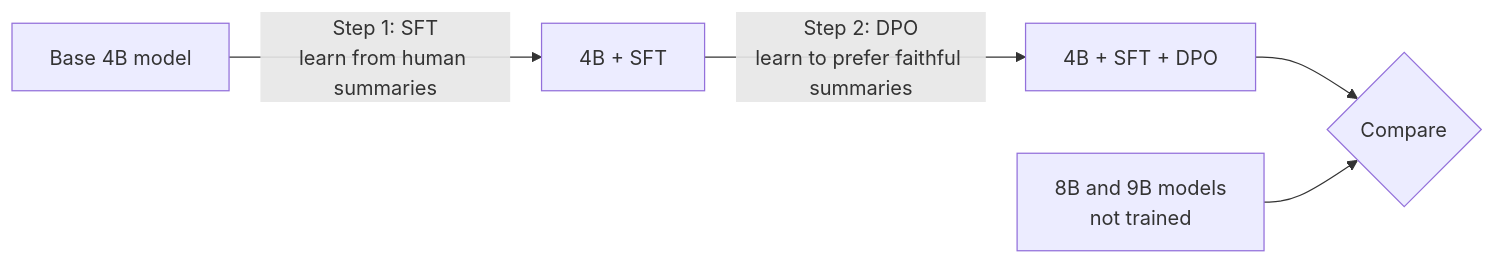
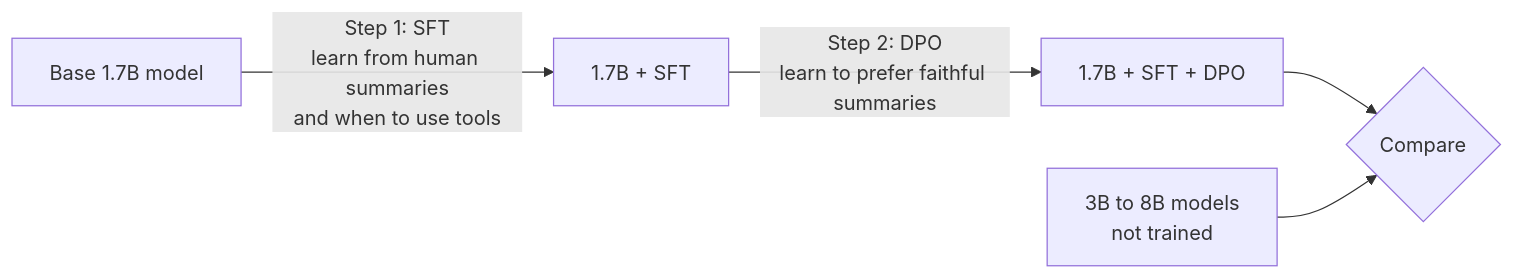
One commit to fnmoral/smalltalk-meeting-summarization-agentic-rag-lora-dpo changed the second of 2 diagrams in README.md. Above: the diagram before and after it, drawn with Mermaid. The commit also changed other lines of this file and 5 other files, not shown here.

````diff
--- a/README.md
+++ b/README.md
@@ -42,7 +42,7 @@
 ```mermaid
 flowchart LR
-    B[Base 4B model] -->|Step 1: SFT<br>learn from human summaries| S[4B + SFT]
-    S -->|Step 2: DPO<br>learn to prefer faithful summaries| D[4B + SFT + DPO]
+    B[Base 1.7B model] -->|Step 1: SFT<br>learn from human summaries<br>and when to use tools| S[1.7B + SFT]
+    S -->|Step 2: DPO<br>learn to prefer faithful summaries| D[1.7B + SFT + DPO]
     D --> E{Compare}
-    G[8B and 9B models<br>not trained] --> E
+    G[3B to 8B models<br>not trained] --> E
 ```
````
